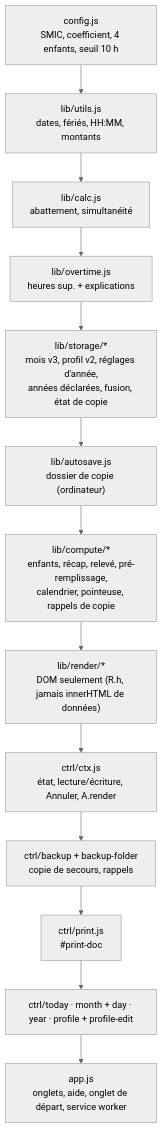
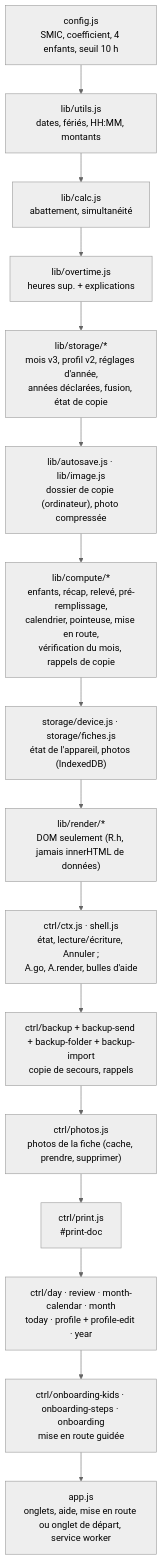
Before and after one commit to AurelienBBY/assmat-calcul-abattement: the first of 3 diagrams in docs/architecture-ecrans.md, drawn with Mermaid (neutral theme). The commit also changed other lines of this file and 4 other files, not shown here.

First line of the commit message:
docs: mise en route, photo de la fiche et vérification du mois (lot 13)

````diff
--- a/docs/architecture-ecrans.md
+++ b/docs/architecture-ecrans.md
@@ -5,19 +5,22 @@
 ```mermaid
 flowchart TD
   CFG["config.js<br/>SMIC, coefficient, 4 enfants, seuil 10 h"]
   UTIL["lib/utils.js<br/>dates, fériés, HH:MM, montants"]
   CALC["lib/calc.js<br/>abattement, simultanéité"]
   OT["lib/overtime.js<br/>heures sup. + explications"]
   STO["lib/storage/*<br/>mois v3, profil v2, réglages d'année,<br/>années déclarées, fusion, état de copie"]
-  AUTO["lib/autosave.js<br/>dossier de copie (ordinateur)"]
-  CMP["lib/compute/*<br/>enfants, récap, relevé, pré-remplissage,<br/>calendrier, pointeuse, rappels de copie"]
+  AUTO["lib/autosave.js · lib/image.js<br/>dossier de copie (ordinateur), photo compressée"]
+  CMP["lib/compute/*<br/>enfants, récap, relevé, pré-remplissage,<br/>calendrier, pointeuse, mise en route,<br/>vérification du mois, rappels de copie"]
+  DEV["storage/device.js · storage/fiches.js<br/>état de l'appareil, photos (IndexedDB)"]
   RND["lib/render/*<br/>DOM seulement (R.h, jamais innerHTML de données)"]
-  CTX["ctrl/ctx.js<br/>état, lecture/écriture, Annuler, A.render"]
-  SCR["ctrl/today · month + day · year · profile + profile-edit"]
-  BK["ctrl/backup + backup-folder<br/>copie de secours, rappels"]
+  CTX["ctrl/ctx.js · shell.js<br/>état, lecture/écriture, Annuler ;<br/>A.go, A.render, bulles d'aide"]
+  BK["ctrl/backup + backup-send + backup-folder + backup-import<br/>copie de secours, rappels"]
+  PH["ctrl/photos.js<br/>photos de la fiche (cache, prendre, supprimer)"]
   PR["ctrl/print.js<br/>#print-doc"]
-  APP["app.js<br/>onglets, aide, onglet de départ, service worker"]
+  SCR["ctrl/day · review · month-calendar · month<br/>today · profile + profile-edit · year"]
+  ONB["ctrl/onboarding-kids · onboarding-steps · onboarding<br/>mise en route guidée"]
+  APP["app.js<br/>onglets, aide, mise en route ou onglet de départ, service worker"]
 
-  CFG --> UTIL --> CALC --> OT --> STO --> AUTO --> CMP --> RND --> CTX
-  CTX --> BK --> PR --> SCR --> APP
+  CFG --> UTIL --> CALC --> OT --> STO --> AUTO --> CMP --> DEV --> RND --> CTX
+  CTX --> BK --> PH --> PR --> SCR --> ONB --> APP
 ```
````
